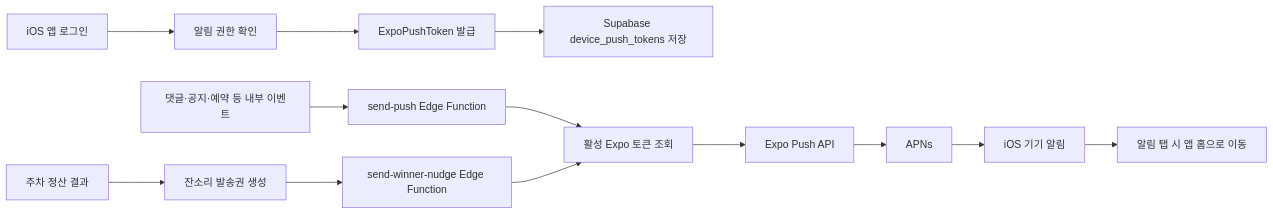
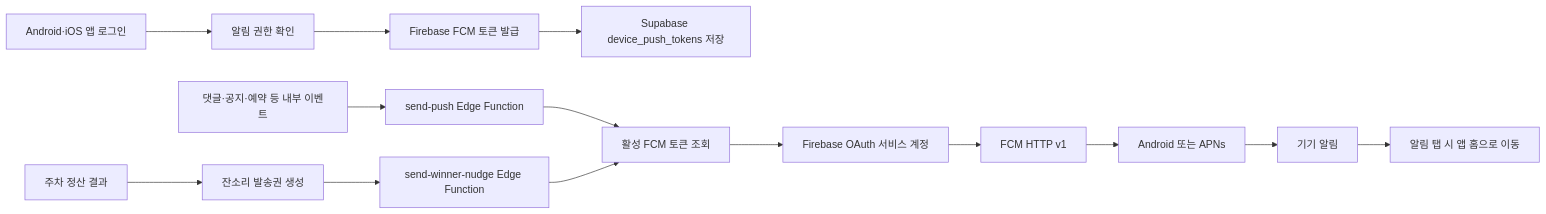
The first of 2 diagrams in docs/03-app-push.md (soundspeedskye/zaringovy), drawn with Mermaid before and after one commit. The commit also changed other lines of this file and 2 other files, not shown here.

Commit message:
FCM 푸시 운영 및 테스트 문서 갱신

````diff
--- a/docs/03-app-push.md
+++ b/docs/03-app-push.md
@@ -30,15 +30,16 @@
 ```mermaid
 flowchart LR
-    A[iOS 앱 로그인] --> B[알림 권한 확인]
-    B --> C[ExpoPushToken 발급]
+    A[Android·iOS 앱 로그인] --> B[알림 권한 확인]
+    B --> C[Firebase FCM 토큰 발급]
     C --> D[Supabase device_push_tokens 저장]
     E[댓글·공지·예약 등 내부 이벤트] --> F[send-push Edge Function]
     L[주차 정산 결과] --> M[잔소리 발송권 생성]
     M --> N[send-winner-nudge Edge Function]
-    F --> G[활성 Expo 토큰 조회]
-    G --> H[Expo Push API]
-    H --> I[APNs]
+    F --> G[활성 FCM 토큰 조회]
     N --> G
-    I --> J[iOS 기기 알림]
-    J --> K[알림 탭 시 앱 홈으로 이동]
+    G --> H[Firebase OAuth 서비스 계정]
+    H --> I[FCM HTTP v1]
+    I --> J[Android 또는 APNs]
+    J --> K[기기 알림]
+    K --> R[알림 탭 시 앱 홈으로 이동]
 ```
````
